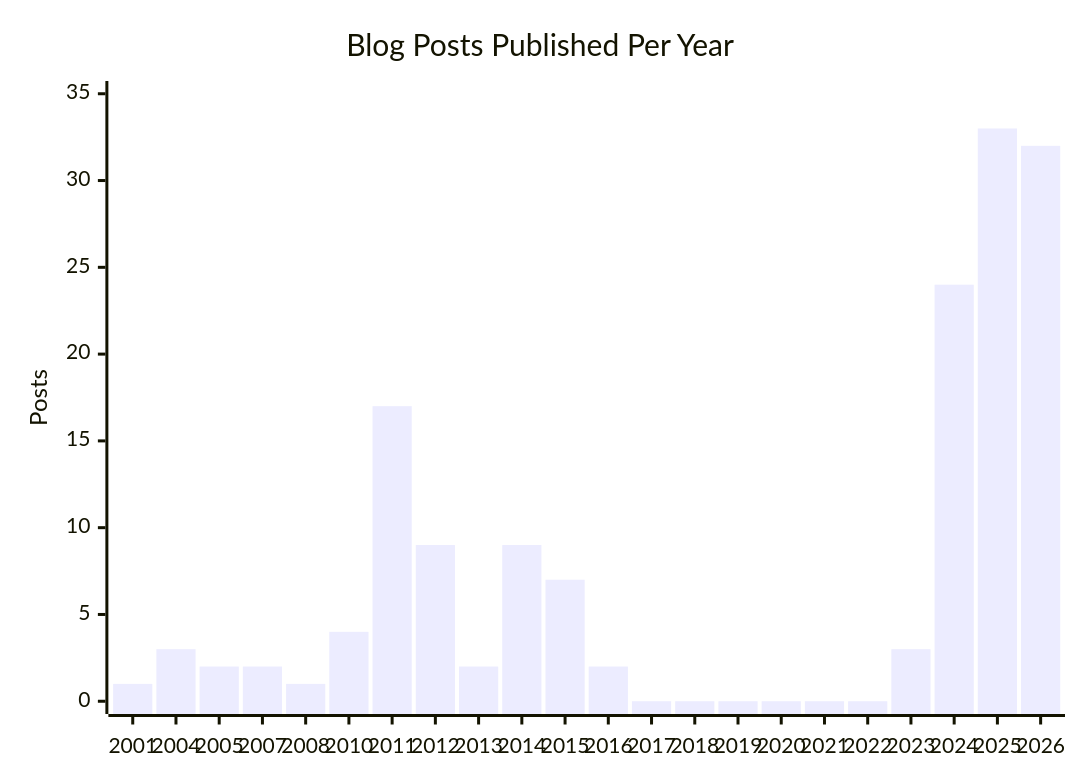
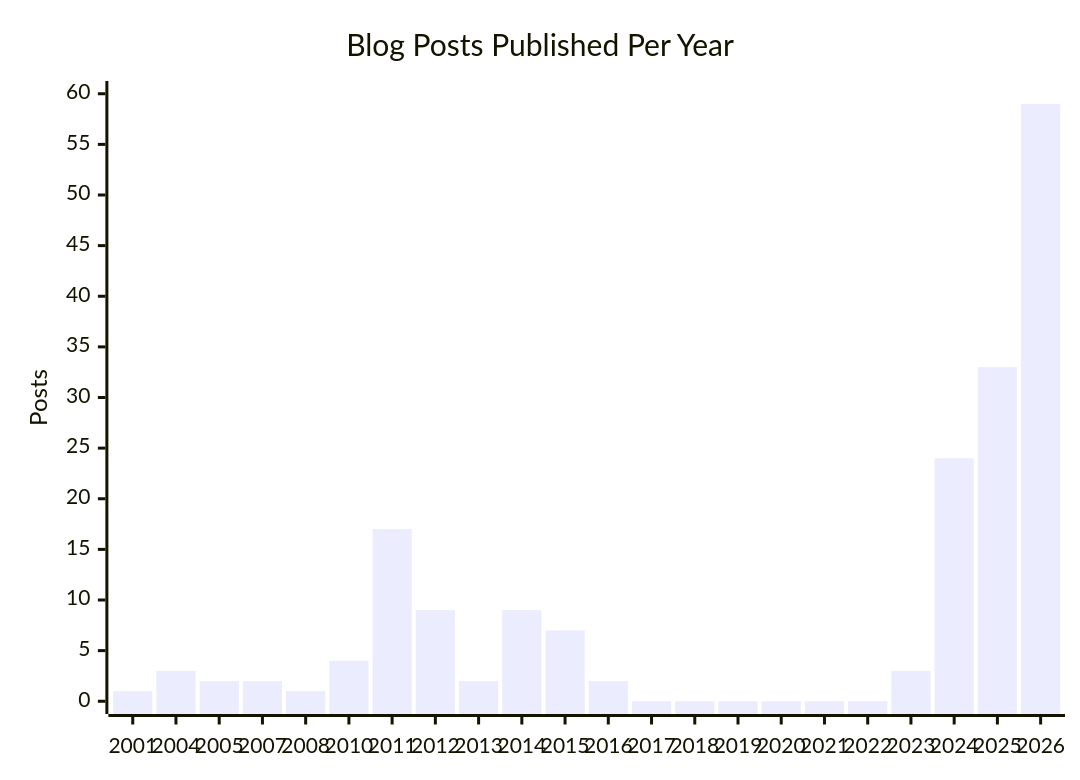
The first of 2 diagrams in _posts/2026-05-22-writing-to-think-two-decades-of-figuring-things-out.md (mcgarrah/mcgarrah.github.io), drawn with Mermaid before and after one commit. The commit also changed other lines of this file, not shown here.

````diff
--- a/_posts/2026-05-22-writing-to-think-two-decades-of-figuring-things-out.md
+++ b/_posts/2026-05-22-writing-to-think-two-decades-of-figuring-things-out.md
@@ -43,7 +43,7 @@
 ```mermaid
 xychart-beta
   title "Blog Posts Published Per Year"
   x-axis [2001, 2004, 2005, 2007, 2008, 2010, 2011, 2012, 2013, 2014, 2015, 2016, 2017, 2018, 2019, 2020, 2021, 2022, 2023, 2024, 2025, 2026]
-  y-axis "Posts" 0 --> 35
-  bar [1, 3, 2, 2, 1, 4, 17, 9, 2, 9, 7, 2, 0, 0, 0, 0, 0, 0, 3, 24, 33, 32]
+  y-axis "Posts" 0 --> 60
+  bar [1, 3, 2, 2, 1, 4, 17, 9, 2, 9, 7, 2, 0, 0, 0, 0, 0, 0, 3, 24, 33, 59]
 ```
````
